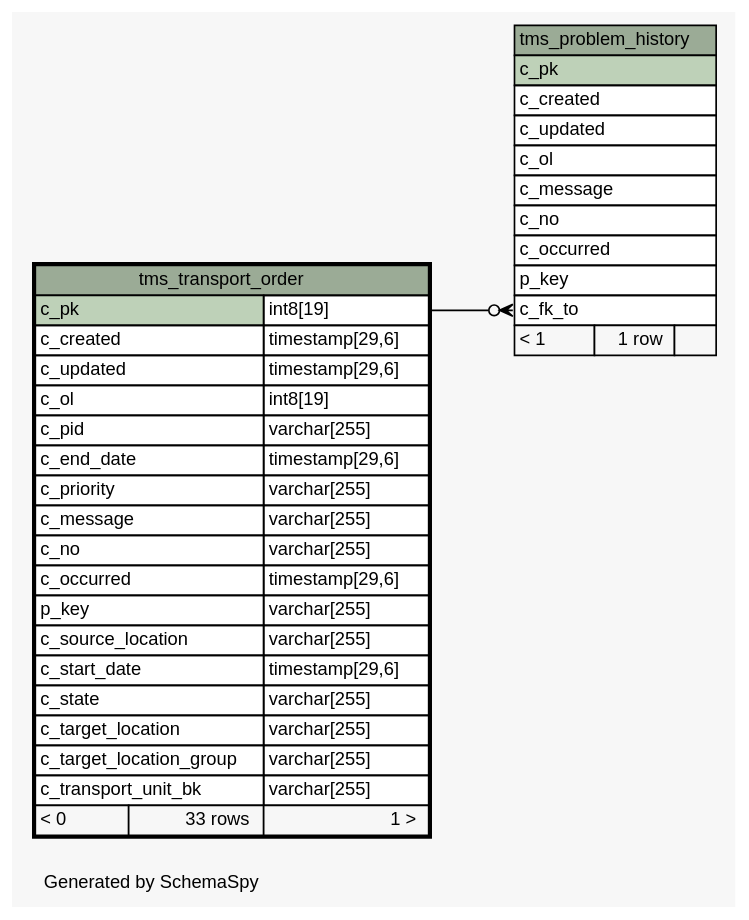
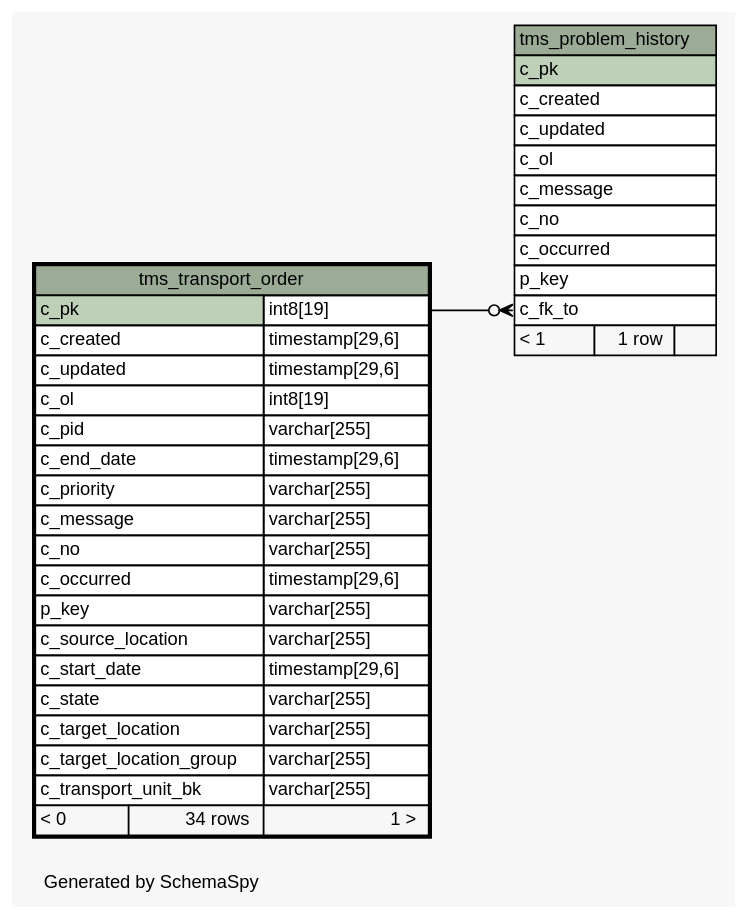
The diagram in 1.4.0-SNAPSHOT/schemaspy/diagrams/tms_transport_order.1degree.dot (openwms/org.openwms.tms.transportation), drawn with Graphviz before and after one commit. The commit also changed 302 other files, not shown here.

```diff
--- a/1.4.0-SNAPSHOT/schemaspy/diagrams/tms_transport_order.1degree.dot
+++ b/1.4.0-SNAPSHOT/schemaspy/diagrams/tms_transport_order.1degree.dot
@@ -1,67 +1,67 @@
 // dot 2.36.0 on Linux 4.4.0-101-generic
 // SchemaSpy rev Unknown
 digraph "oneDegreeRelationshipsDiagram" {
   graph [
     rankdir="RL"
     bgcolor="#f7f7f7"
     label="\nGenerated by SchemaSpy"
     labeljust="l"
     nodesep="0.18"
     ranksep="0.46"
     fontname="Helvetica"
     fontsize="11"
   ];
   node [
     fontname="Helvetica"
     fontsize="11"
     shape="plaintext"
   ];
   edge [
     arrowsize="0.8"
   ];
   "tms_problem_history":"c_fk_to":w -> "tms_transport_order":"c_pk.type":e [arrowhead=none dir=back arrowtail=crowodot];
   "tms_problem_history" [
     label=<
     <TABLE BORDER="0" CELLBORDER="1" CELLSPACING="0" BGCOLOR="#ffffff">
       <TR><TD COLSPAN="3" BGCOLOR="#9bab96" ALIGN="CENTER">tms_problem_history</TD></TR>
       <TR><TD PORT="c_pk" COLSPAN="3" BGCOLOR="#bed1b8" ALIGN="LEFT">c_pk</TD></TR>
       <TR><TD PORT="c_created" COLSPAN="3" ALIGN="LEFT">c_created</TD></TR>
       <TR><TD PORT="c_updated" COLSPAN="3" ALIGN="LEFT">c_updated</TD></TR>
       <TR><TD PORT="c_ol" COLSPAN="3" ALIGN="LEFT">c_ol</TD></TR>
       <TR><TD PORT="c_message" COLSPAN="3" ALIGN="LEFT">c_message</TD></TR>
       <TR><TD PORT="c_no" COLSPAN="3" ALIGN="LEFT">c_no</TD></TR>
       <TR><TD PORT="c_occurred" COLSPAN="3" ALIGN="LEFT">c_occurred</TD></TR>
       <TR><TD PORT="p_key" COLSPAN="3" ALIGN="LEFT">p_key</TD></TR>
       <TR><TD PORT="c_fk_to" COLSPAN="3" ALIGN="LEFT">c_fk_to</TD></TR>
       <TR><TD ALIGN="LEFT" BGCOLOR="#f7f7f7">&lt; 1</TD><TD ALIGN="RIGHT" BGCOLOR="#f7f7f7">1 row</TD><TD ALIGN="RIGHT" BGCOLOR="#f7f7f7">  </TD></TR>
     </TABLE>>
     URL="tms_problem_history.html"
     tooltip="tms_problem_history"
   ];
   "tms_transport_order" [
     label=<
     <TABLE BORDER="2" CELLBORDER="1" CELLSPACING="0" BGCOLOR="#ffffff">
       <TR><TD COLSPAN="3" BGCOLOR="#9bab96" ALIGN="CENTER">tms_transport_order</TD></TR>
       <TR><TD PORT="c_pk" COLSPAN="2" BGCOLOR="#bed1b8" ALIGN="LEFT">c_pk</TD><TD PORT="c_pk.type" ALIGN="LEFT">int8[19]</TD></TR>
       <TR><TD PORT="c_created" COLSPAN="2" ALIGN="LEFT">c_created</TD><TD PORT="c_created.type" ALIGN="LEFT">timestamp[29,6]</TD></TR>
       <TR><TD PORT="c_updated" COLSPAN="2" ALIGN="LEFT">c_updated</TD><TD PORT="c_updated.type" ALIGN="LEFT">timestamp[29,6]</TD></TR>
       <TR><TD PORT="c_ol" COLSPAN="2" ALIGN="LEFT">c_ol</TD><TD PORT="c_ol.type" ALIGN="LEFT">int8[19]</TD></TR>
       <TR><TD PORT="c_pid" COLSPAN="2" ALIGN="LEFT">c_pid</TD><TD PORT="c_pid.type" ALIGN="LEFT">varchar[255]</TD></TR>
       <TR><TD PORT="c_end_date" COLSPAN="2" ALIGN="LEFT">c_end_date</TD><TD PORT="c_end_date.type" ALIGN="LEFT">timestamp[29,6]</TD></TR>
       <TR><TD PORT="c_priority" COLSPAN="2" ALIGN="LEFT">c_priority</TD><TD PORT="c_priority.type" ALIGN="LEFT">varchar[255]</TD></TR>
       <TR><TD PORT="c_message" COLSPAN="2" ALIGN="LEFT">c_message</TD><TD PORT="c_message.type" ALIGN="LEFT">varchar[255]</TD></TR>
       <TR><TD PORT="c_no" COLSPAN="2" ALIGN="LEFT">c_no</TD><TD PORT="c_no.type" ALIGN="LEFT">varchar[255]</TD></TR>
       <TR><TD PORT="c_occurred" COLSPAN="2" ALIGN="LEFT">c_occurred</TD><TD PORT="c_occurred.type" ALIGN="LEFT">timestamp[29,6]</TD></TR>
       <TR><TD PORT="p_key" COLSPAN="2" ALIGN="LEFT">p_key</TD><TD PORT="p_key.type" ALIGN="LEFT">varchar[255]</TD></TR>
       <TR><TD PORT="c_source_location" COLSPAN="2" ALIGN="LEFT">c_source_location</TD><TD PORT="c_source_location.type" ALIGN="LEFT">varchar[255]</TD></TR>
       <TR><TD PORT="c_start_date" COLSPAN="2" ALIGN="LEFT">c_start_date</TD><TD PORT="c_start_date.type" ALIGN="LEFT">timestamp[29,6]</TD></TR>
       <TR><TD PORT="c_state" COLSPAN="2" ALIGN="LEFT">c_state</TD><TD PORT="c_state.type" ALIGN="LEFT">varchar[255]</TD></TR>
       <TR><TD PORT="c_target_location" COLSPAN="2" ALIGN="LEFT">c_target_location</TD><TD PORT="c_target_location.type" ALIGN="LEFT">varchar[255]</TD></TR>
       <TR><TD PORT="c_target_location_group" COLSPAN="2" ALIGN="LEFT">c_target_location_group</TD><TD PORT="c_target_location_group.type" ALIGN="LEFT">varchar[255]</TD></TR>
       <TR><TD PORT="c_transport_unit_bk" COLSPAN="2" ALIGN="LEFT">c_transport_unit_bk</TD><TD PORT="c_transport_unit_bk.type" ALIGN="LEFT">varchar[255]</TD></TR>
-      <TR><TD ALIGN="LEFT" BGCOLOR="#f7f7f7">&lt; 0</TD><TD ALIGN="RIGHT" BGCOLOR="#f7f7f7">33 rows</TD><TD ALIGN="RIGHT" BGCOLOR="#f7f7f7">1 &gt;</TD></TR>
+      <TR><TD ALIGN="LEFT" BGCOLOR="#f7f7f7">&lt; 0</TD><TD ALIGN="RIGHT" BGCOLOR="#f7f7f7">34 rows</TD><TD ALIGN="RIGHT" BGCOLOR="#f7f7f7">1 &gt;</TD></TR>
     </TABLE>>
     URL="tms_transport_order.html"
     tooltip="tms_transport_order"
   ];
 }
```
